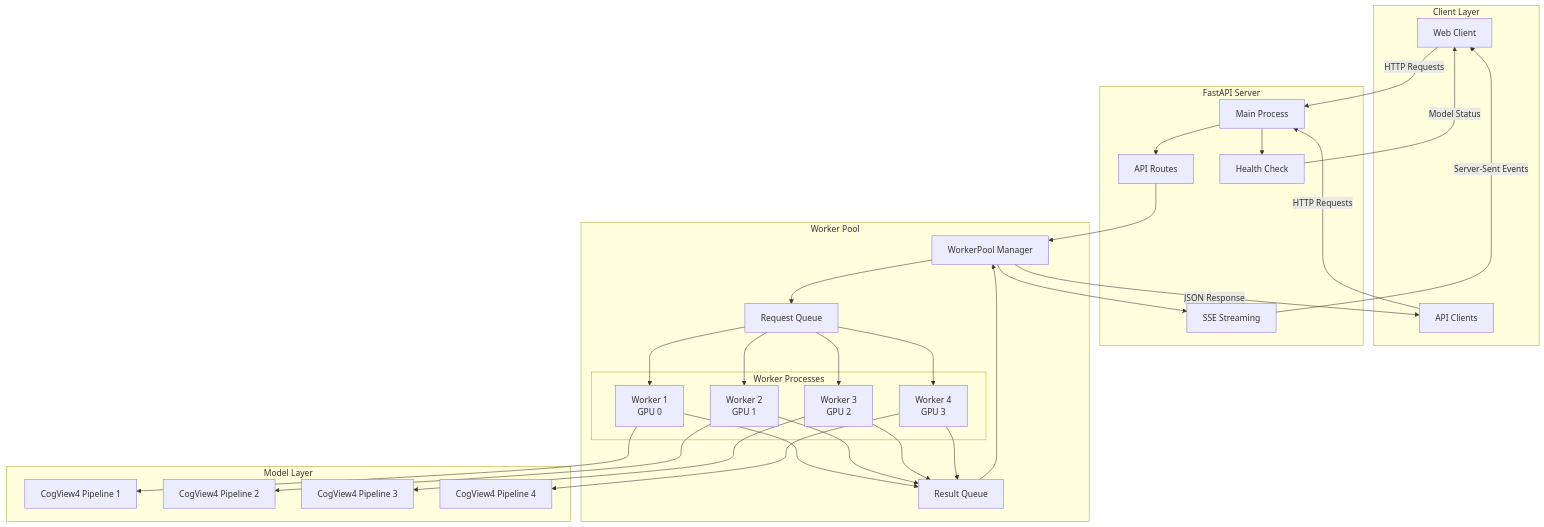
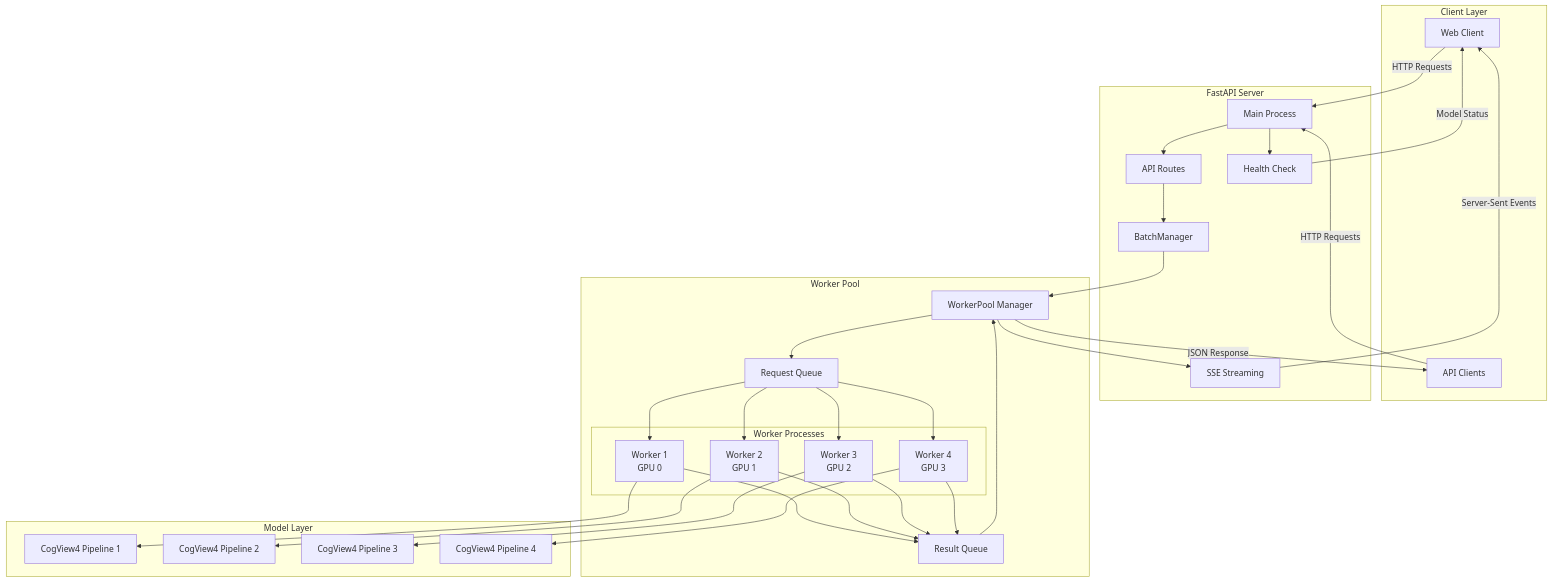
Before and after one commit to gongysh2004/CogView4-FastAPI: the first of 12 diagrams in API_DOCUMENTATION.md, drawn with Mermaid. The commit also changed other lines of this file and 5 other files, not shown here.

````diff
--- a/API_DOCUMENTATION.md
+++ b/API_DOCUMENTATION.md
@@ -46,62 +49,64 @@
 ```mermaid
 graph TB
     subgraph "Client Layer"
         WC[Web Client]
         API_CLIENT[API Clients]
     end
     
     subgraph "FastAPI Server"
         MAIN[Main Process]
         ROUTES[API Routes]
         HEALTH[Health Check]
         SSE[SSE Streaming]
+        BM[BatchManager]
     end
     
     subgraph "Worker Pool"
         WP[WorkerPool Manager]
         RQ[Request Queue]
         ResQ[Result Queue]
         
         subgraph "Worker Processes"
             W1[Worker 1<br/>GPU 0]
             W2[Worker 2<br/>GPU 1]
             W3[Worker 3<br/>GPU 2]
             W4[Worker 4<br/>GPU 3]
         end
     end
     
     subgraph "Model Layer"
         M1[CogView4 Pipeline 1]
         M2[CogView4 Pipeline 2]
         M3[CogView4 Pipeline 3]
         M4[CogView4 Pipeline 4]
     end
     
     WC -->|HTTP Requests| MAIN
     API_CLIENT -->|HTTP Requests| MAIN
     MAIN --> ROUTES
-    ROUTES --> WP
+    ROUTES --> BM
+    BM --> WP
     WP --> RQ
     RQ --> W1
     RQ --> W2
     RQ --> W3
     RQ --> W4
     
     W1 --> M1
     W2 --> M2
     W3 --> M3
     W4 --> M4
     
     W1 --> ResQ
     W2 --> ResQ
     W3 --> ResQ
     W4 --> ResQ
     
     ResQ --> WP
     WP --> SSE
     SSE -->|Server-Sent Events| WC
     WP -->|JSON Response| API_CLIENT
     
     MAIN --> HEALTH
     HEALTH -->|Model Status| WC
 ```
````
